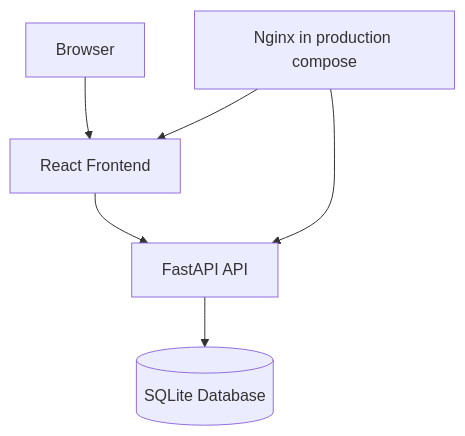
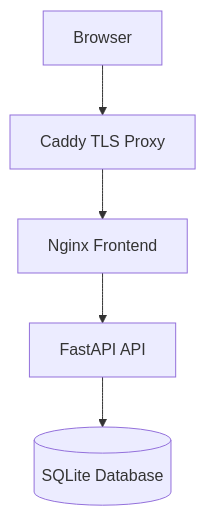
Before and after one commit to ini272/open-flair-shiftplan: the diagram in docs/architecture.md, drawn with Mermaid. The commit also changed other lines of this file and 3 other files, not shown here.

Commit message:
adding caddy as a reverse proxy

````diff
--- a/docs/architecture.md
+++ b/docs/architecture.md
@@ -11,8 +11,7 @@
 ```mermaid
 graph TD
-    Browser[Browser] --> Frontend[React Frontend]
+    Browser[Browser] --> Caddy[Caddy TLS Proxy]
+    Caddy --> Frontend[Nginx Frontend]
     Frontend --> API[FastAPI API]
     API --> SQLite[(SQLite Database)]
-    Nginx[Nginx in production compose] --> Frontend
-    Nginx --> API
 ```
````
